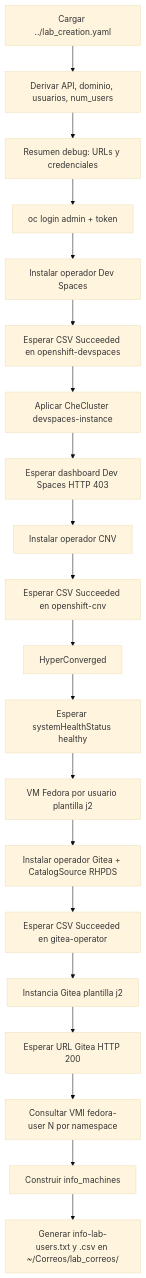
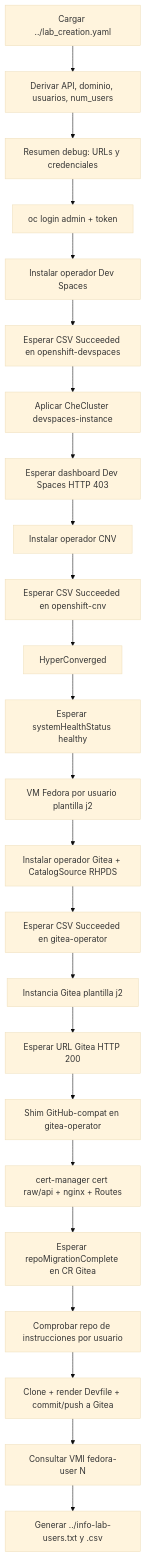
Before and after one commit to adelahozredhat/lab-devspaces-ansible: the first of 2 diagrams in README.md, drawn with Mermaid (base theme). The commit also changed other lines of this file and 17 other files, not shown here.

Commit message:
change installation to add supported routes of gitea for devspaces

````diff
--- a/README.md
+++ b/README.md
@@ -72,22 +212,26 @@
 ```mermaid
 flowchart TD
   A[Cargar ../lab_creation.yaml] --> B[Derivar API, dominio, usuarios, num_users]
   B --> C[Resumen debug: URLs y credenciales]
   C --> D[oc login admin + token]
   D --> E[Instalar operador Dev Spaces]
   E --> F[Esperar CSV Succeeded en openshift-devspaces]
   F --> G[Aplicar CheCluster devspaces-instance]
   G --> H[Esperar dashboard Dev Spaces HTTP 403]
   H --> I[Instalar operador CNV]
   I --> J[Esperar CSV Succeeded en openshift-cnv]
   J --> K[HyperConverged]
   K --> L[Esperar systemHealthStatus healthy]
   L --> M[VM Fedora por usuario plantilla j2]
   M --> N[Instalar operador Gitea + CatalogSource RHPDS]
   N --> O[Esperar CSV Succeeded en gitea-operator]
   O --> P[Instancia Gitea plantilla j2]
   P --> Q[Esperar URL Gitea HTTP 200]
-  Q --> R[Consultar VMI fedora-user N por namespace]
-  R --> S[Construir info_machines]
-  S --> T[Generar info-lab-users.txt y .csv en ~/Correos/lab_correos/]
+  Q --> R[Shim GitHub-compat en gitea-operator]
+  R --> S[cert-manager cert raw/api + nginx + Routes]
+  S --> V[Esperar repoMigrationComplete en CR Gitea]
+  V --> W[Comprobar repo de instrucciones por usuario]
+  W --> X[Clone + render Devfile + commit/push a Gitea]
+  X --> Y[Consultar VMI fedora-user N]
+  Y --> Z[Generar ../info-lab-users.txt y .csv]
 ```
````
